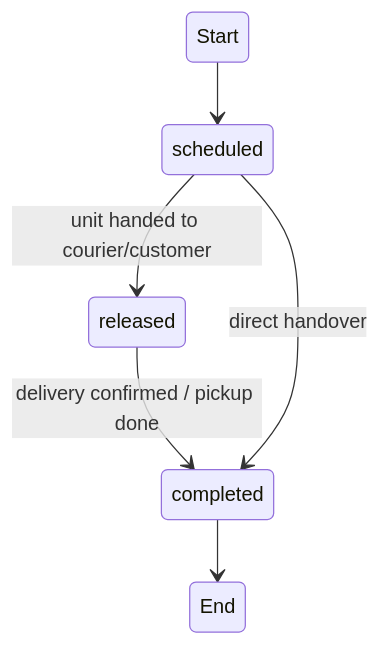
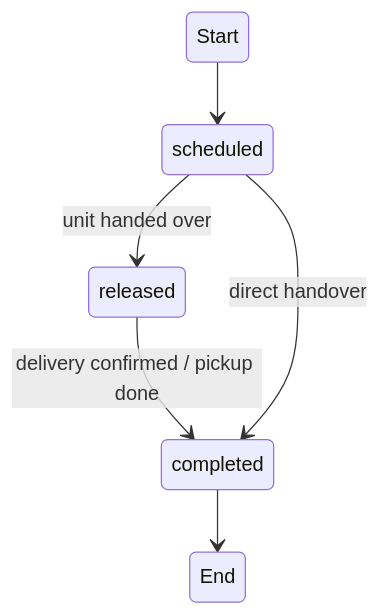
Diagram 13 of 13 in docs/DPC-NEXUS-SUPABASE-DATABASE-ARCHITECTURE.md (justinesestina/dream-pc-pos), drawn with Mermaid before and after one commit. The commit also changed other lines of this file and 266 other files, not shown here.

````diff
--- a/docs/DPC-NEXUS-SUPABASE-DATABASE-ARCHITECTURE.md
+++ b/docs/DPC-NEXUS-SUPABASE-DATABASE-ARCHITECTURE.md
@@ -1125,8 +1104,8 @@
 ```mermaid
 stateDiagram-v2
     Start --> scheduled
-    scheduled --> released: unit handed to courier/customer
+    scheduled --> released: unit handed over
     released --> completed: delivery confirmed / pickup done
     scheduled --> completed: direct handover
     completed --> End
 ```
````
